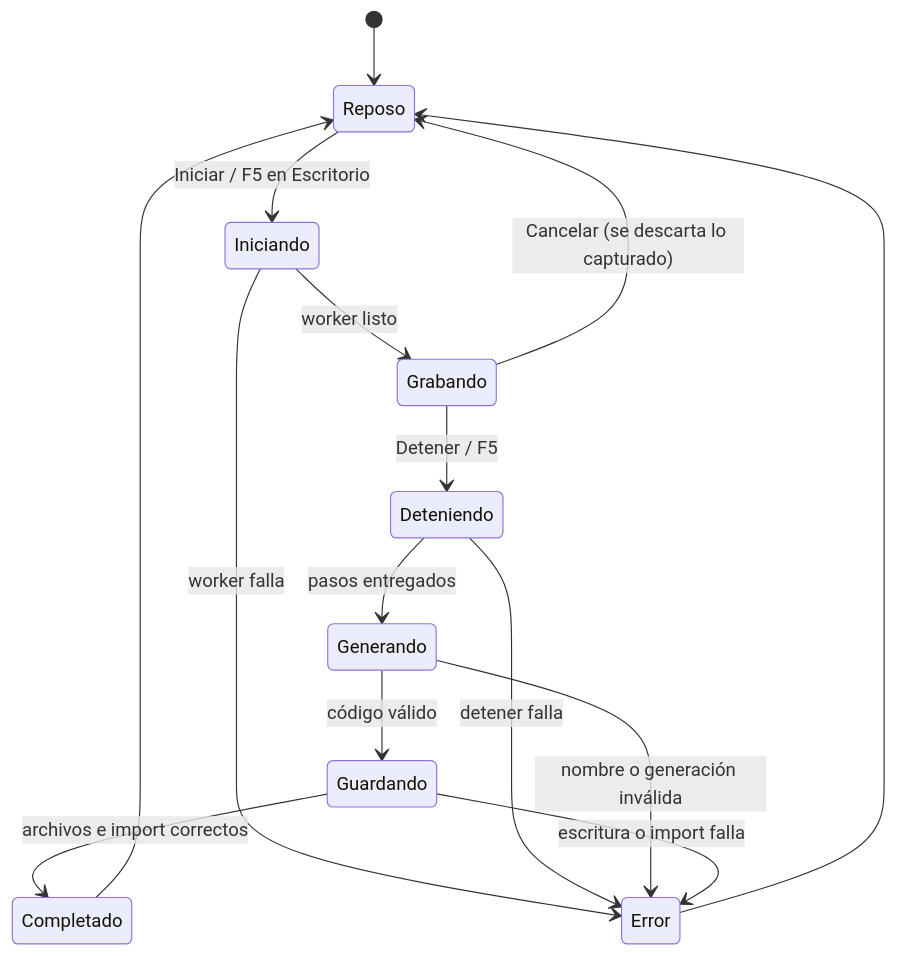
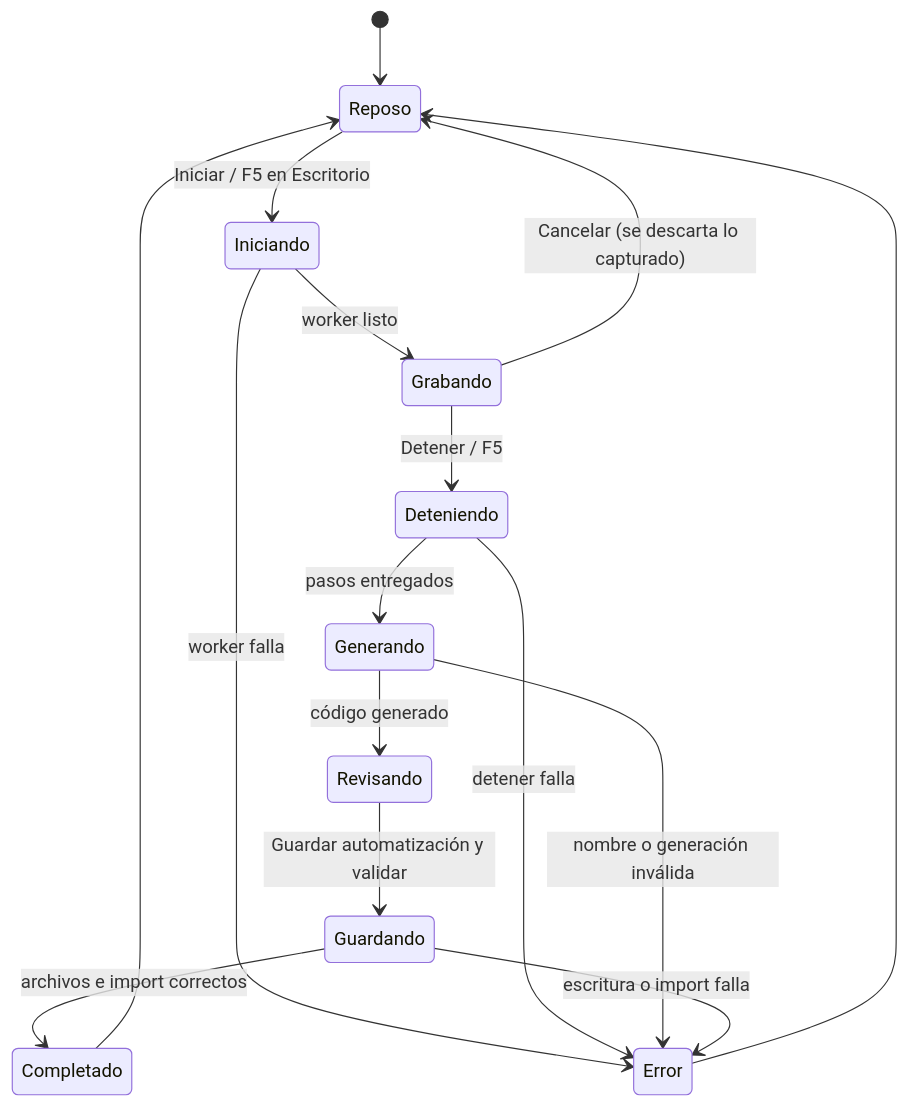
One commit to oft24/LAAutomate changed the second of 2 diagrams in docs/logica-grabadora.md. Above: the diagram before and after it, drawn with Mermaid. The commit also changed other lines of this file and 69 other files, not shown here.

````diff
--- a/docs/logica-grabadora.md
+++ b/docs/logica-grabadora.md
@@ -71,17 +73,18 @@
 ```mermaid
 stateDiagram-v2
     [*] --> Reposo
     Reposo --> Iniciando: Iniciar / F5 en Escritorio
     Iniciando --> Grabando: worker listo
     Iniciando --> Error: worker falla
     Grabando --> Deteniendo: Detener / F5
     Grabando --> Reposo: Cancelar (se descarta lo capturado)
     Deteniendo --> Generando: pasos entregados
     Deteniendo --> Error: detener falla
-    Generando --> Guardando: código válido
+    Generando --> Revisando: código generado
+    Revisando --> Guardando: Guardar automatización y validar
     Generando --> Error: nombre o generación inválida
     Guardando --> Completado: archivos e import correctos
     Guardando --> Error: escritura o import falla
     Completado --> Reposo
     Error --> Reposo
 ```
````
